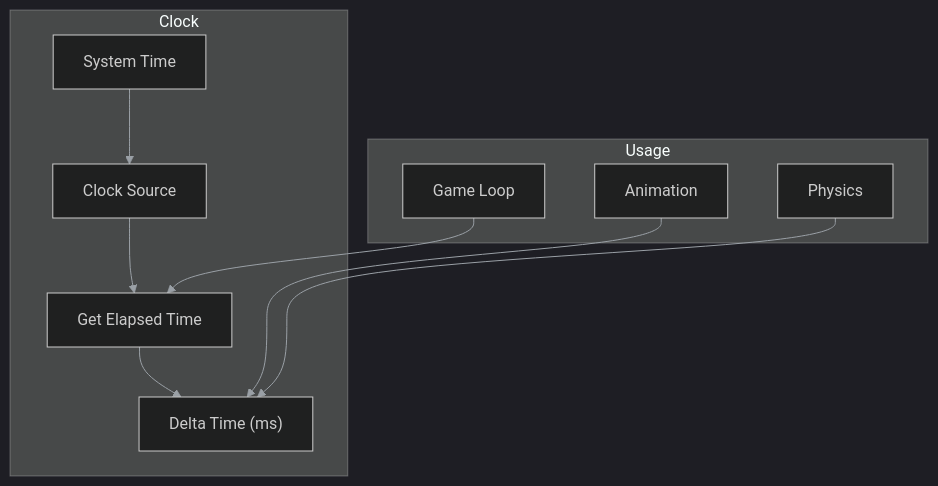
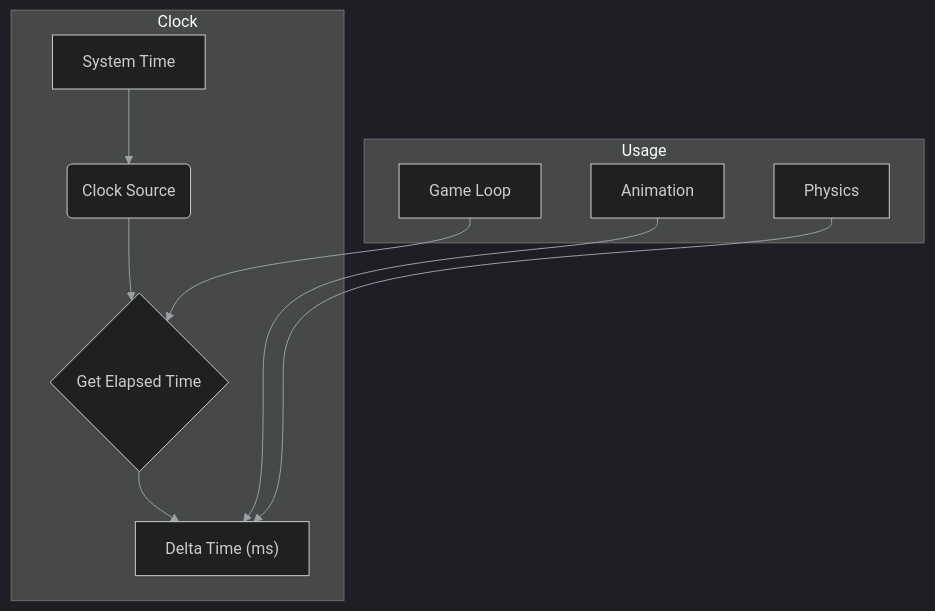
The diagram in docs/authoring/qa/clock.mmd (lukaszj321/otcv8-dev), drawn with Mermaid before and after one commit.

```diff
--- a/docs/authoring/qa/clock.mmd
+++ b/docs/authoring/qa/clock.mmd
@@ -1,17 +1,13 @@
 %%{init: {'theme':'dark','themeVariables':{'primaryTextColor':'#ddd','lineColor':'#9aa0a6'}}}%%
 graph TD
   subgraph Clock
-    A[System Time] --> B[Clock Source]
-    B --> C[Get Elapsed Time]
+    A[System Time] --> B(Clock Source)
+    B --> C{Get Elapsed Time}
     C --> D["Delta Time (ms)"]
   end
 
   subgraph Usage
-    E[Game Loop]
-    F[Animation]
-    G[Physics]
+    E[Game Loop] --> C
+    F[Animation] --> D
+    G[Physics] --> D
   end
-
-  E --> C
-  F --> D
-  G --> D
```
